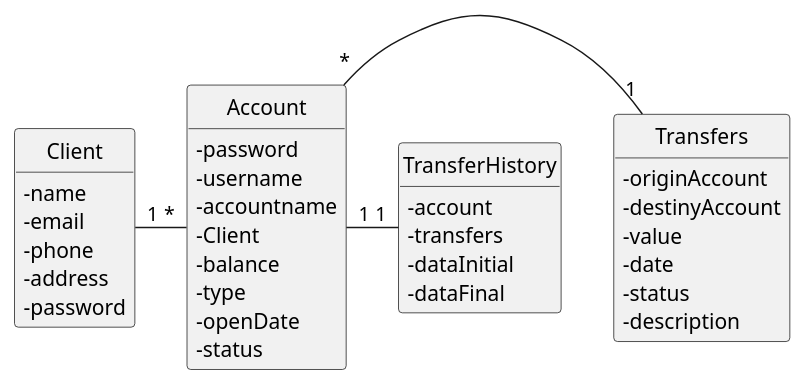
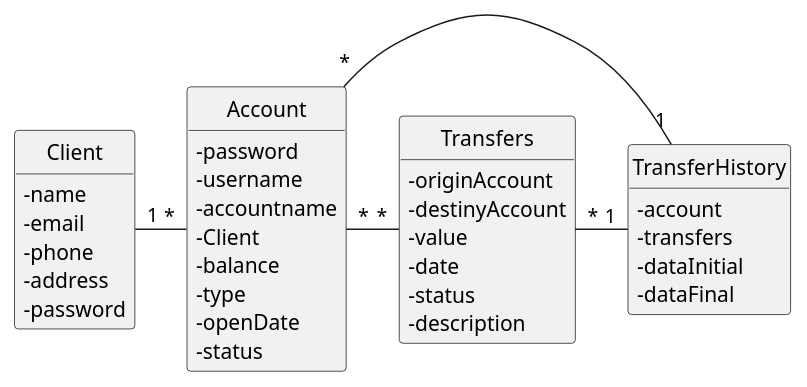
One commit to mpoboas/natwise changed the diagram in Docs/DomainModel.puml. Above: the diagram before and after it, drawn with PlantUML.

Commit message:
Update Documentation
Update Domain Model

```diff
--- a/Docs/DomainModel.puml
+++ b/Docs/DomainModel.puml
@@ -1,46 +1,47 @@
 @startuml DomainModel
 'https://plantuml.com/class-diagram
 skinparam classAttributeIconSize 0
 hide circle
 hide methods
 
 class Client {
     - name
     - email 
     - phone
     - address
     - password
 }
 
 class Account {
     - password
     - username
     - accountname
     - Client
     - balance
     - type
     - openDate
     - status
 }
 
 class Transfers {
     - originAccount
     - destinyAccount
     - value
     - date
     - status
     - description
 }
 
 class TransferHistory {
     - account
     - transfers
     - dataInitial
     - dataFinal
 }
 
 Client "1"-"*" Account
-Account "*"-"1" Transfers
-Account "1"-"1" TransferHistory
+Account "*"-"*" Transfers
+Account "*"-"1" TransferHistory
+Transfers "*"-"1" TransferHistory
 
 @enduml
```
